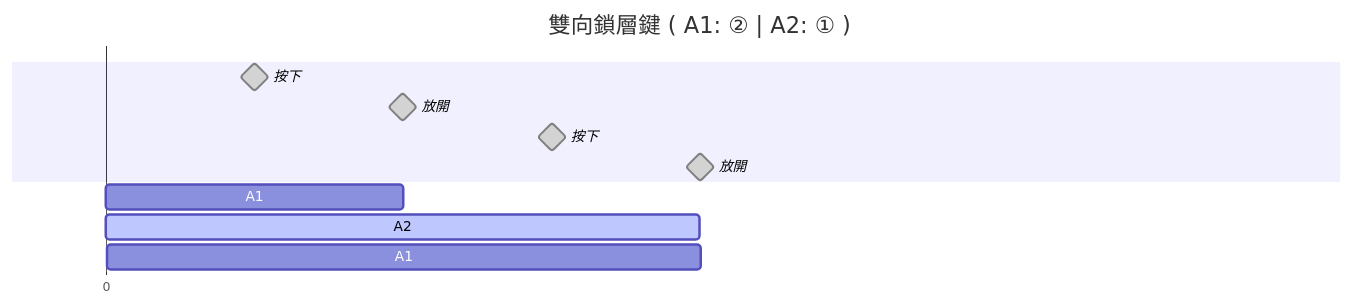
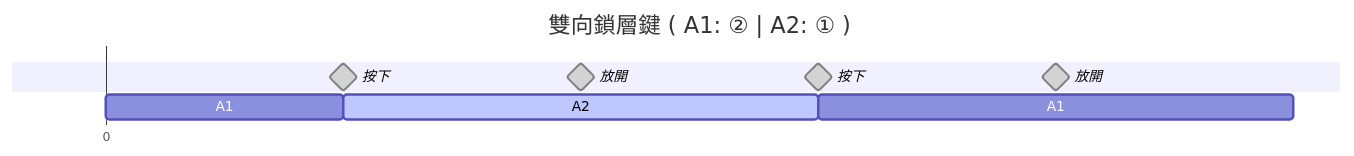
The diagram in diagrams/zh-tw/two-way-layer-lock.mmd (andy23512/blog-diagrams), drawn with Mermaid before and after one commit. The commit also changed 13 other files, not shown here.

First line of the commit message:
chore(deps): upgrade mermaid to 11.17.2 and puppeteer to 25

```diff
--- a/diagrams/zh-tw/two-way-layer-lock.mmd
+++ b/diagrams/zh-tw/two-way-layer-lock.mmd
@@ -1,17 +1,17 @@
 ---
 displayMode: compact
 ---
 gantt
-    dateFormat X
+    dateFormat x
     axisFormat %s
     title 雙向鎖層鍵 ( A1: ② | A2: ① )
     section ㅤ
-    按下: milestone, done, 1, 1
-    放開: milestone, done, 2, 2
-    按下: milestone, done, 3, 3
-    放開: milestone, done, 4, 4
+    按下: milestone, done, 1000, 1000
+    放開: milestone, done, 2000, 2000
+    按下: milestone, done, 3000, 3000
+    放開: milestone, done, 4000, 4000
     tickInterval 1day
     section ㅤㅤ
     A1: 0, 1s
-    A2: active, 1, 2s
-    A1: 3, 2s
+    A2: active, 1000, 2s
+    A1: 3000, 2s
```
